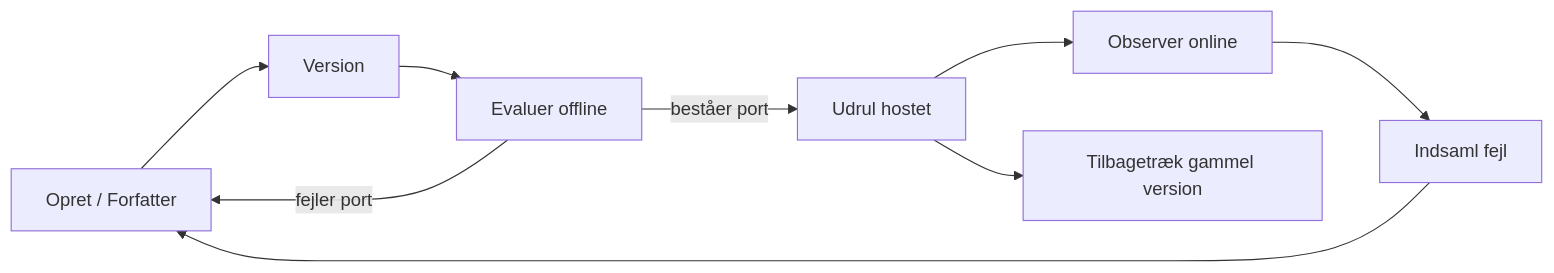
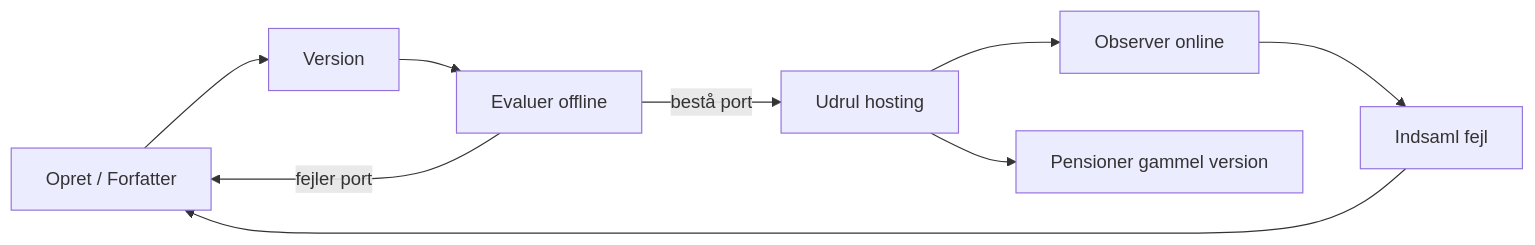
The second of 4 diagrams in mirrors/repos/microsoft@ai-agents-for-beginners/translations/da/16-deploying-scalable-agents/README.md (gabrielmoreira/agent-skills-mirror), drawn with Mermaid before and after one commit. The commit also changed other lines of this file and 3581 other files, not shown here.

````diff
--- a/mirrors/repos/microsoft@ai-agents-for-beginners/translations/da/16-deploying-scalable-agents/README.md
+++ b/mirrors/repos/microsoft@ai-agents-for-beginners/translations/da/16-deploying-scalable-agents/README.md
@@ -108,11 +108,11 @@
 ```mermaid
 flowchart LR
     Create[Opret / Forfatter] --> Version[Version]
     Version --> Evaluate[Evaluer offline]
-    Evaluate -->|beståer port| Deploy[Udrul hostet]
+    Evaluate -->|bestå port| Deploy[Udrul hosting]
     Evaluate -->|fejler port| Create
     Deploy --> Observe[Observer online]
     Observe --> Improve[Indsaml fejl]
     Improve --> Create
-    Deploy --> Retire[Tilbagetræk gammel version]
+    Deploy --> Retire[Pensioner gammel version]
 ```
````
